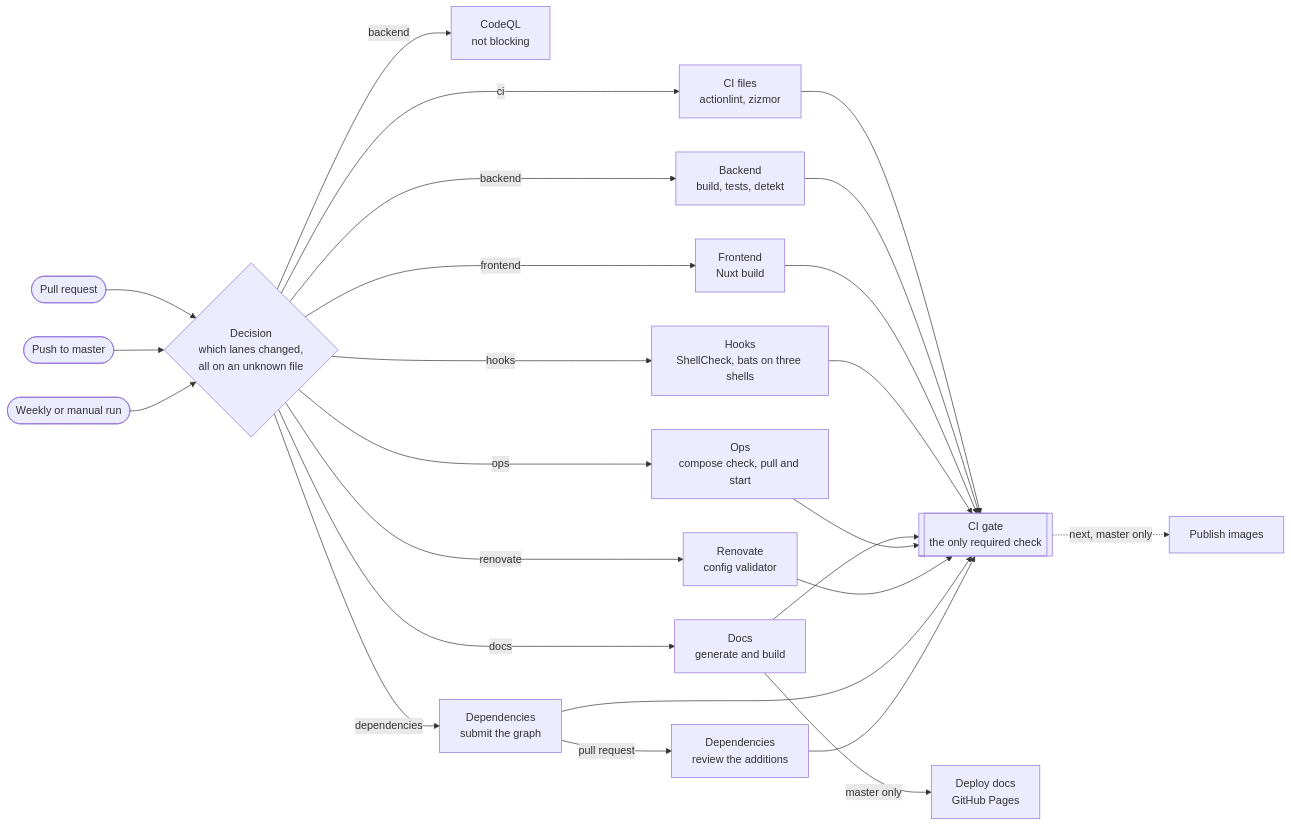
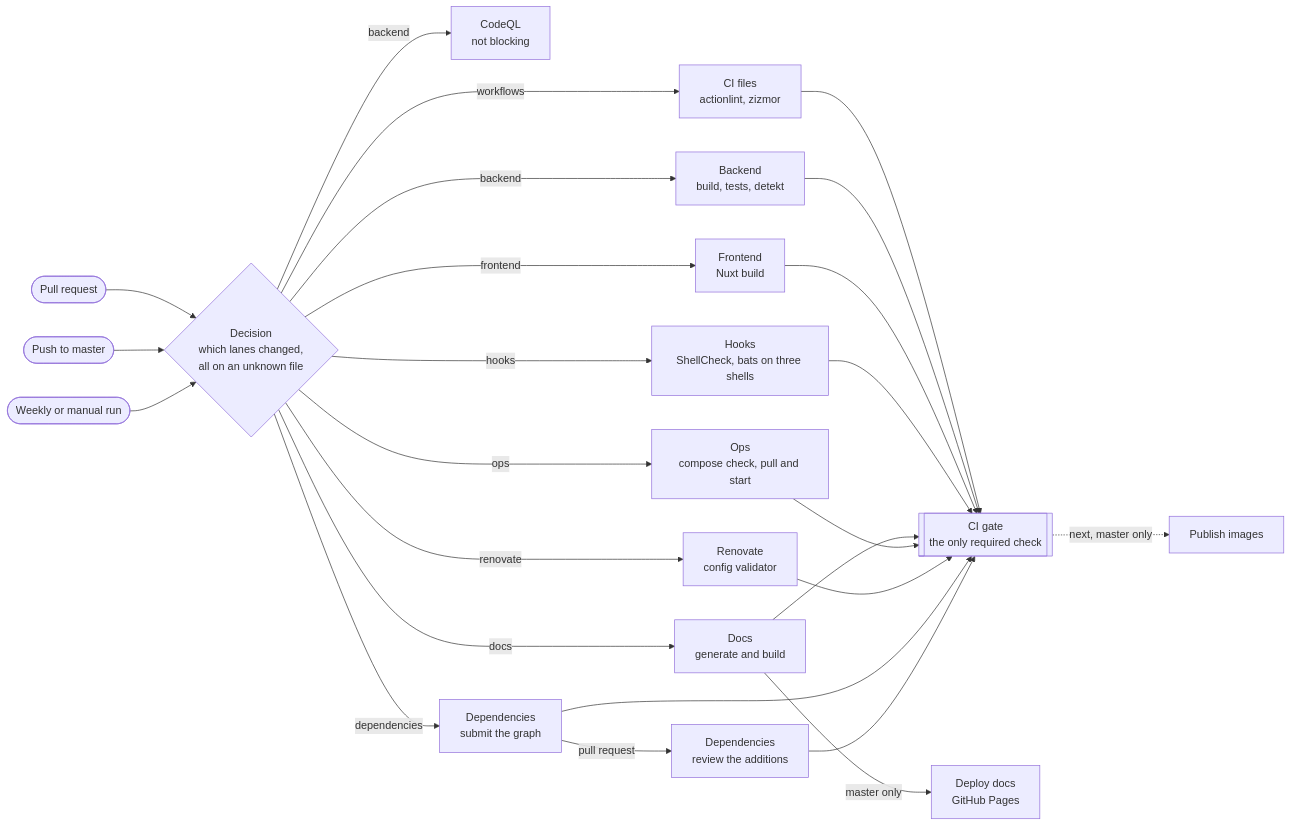
The diagram in docs/src/engineering/ci-cd.md (mboisnard/drinkit), drawn with Mermaid before and after one commit. The commit also changed other lines of this file, not shown here.

````diff
--- a/docs/src/engineering/ci-cd.md
+++ b/docs/src/engineering/ci-cd.md
@@ -5,20 +5,20 @@
 ```mermaid
 flowchart LR
   pr([Pull request]) --> decision
   master([Push to master]) --> decision
   weekly([Weekly or manual run]) --> decision
   decision{Decision<br/>which lanes changed,<br/>all on an unknown file}
-  decision -- ci --> cifiles[CI files<br/>actionlint, zizmor]
+  decision -- workflows --> cifiles[CI files<br/>actionlint, zizmor]
   decision -- backend --> backend[Backend<br/>build, tests, detekt]
   decision -- backend --> codeql[CodeQL<br/>not blocking]
   decision -- frontend --> frontend[Frontend<br/>Nuxt build]
   decision -- hooks --> hooks[Hooks<br/>ShellCheck, bats on three shells]
   decision -- docs --> docs[Docs<br/>generate and build]
   decision -- ops --> ops[Ops<br/>compose check, pull and start]
   decision -- renovate --> renovate[Renovate<br/>config validator]
   decision -- dependencies --> submission[Dependencies<br/>submit the graph]
   submission -- pull request --> review[Dependencies<br/>review the additions]
   cifiles & backend & frontend & hooks & docs & ops & renovate & submission & review --> gate[[CI gate<br/>the only required check]]
   docs -- master only --> pages[Deploy docs<br/>GitHub Pages]
   gate -.->|next, master only| images[Publish images]
 ```
````
